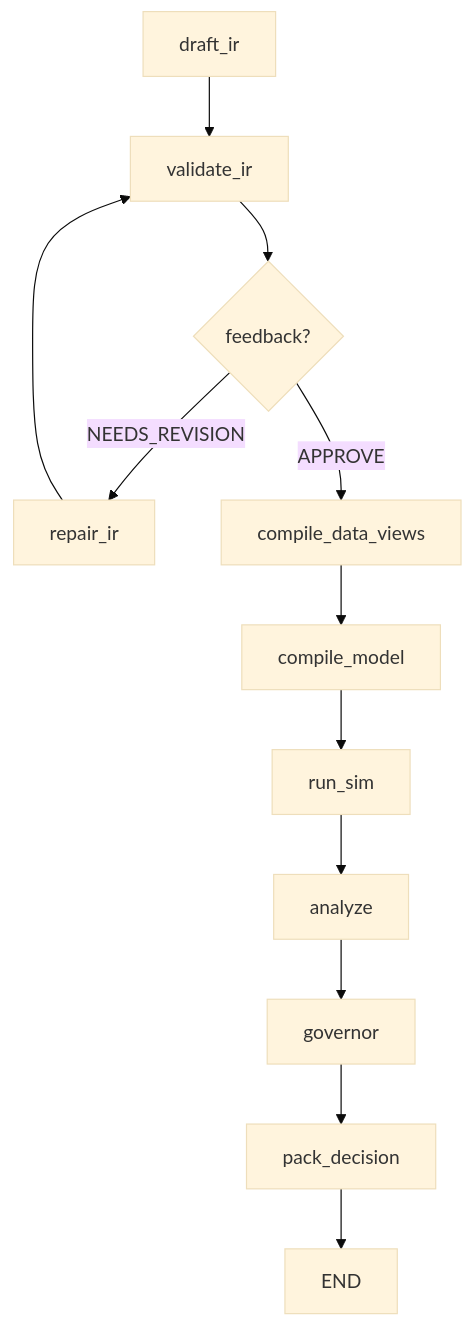
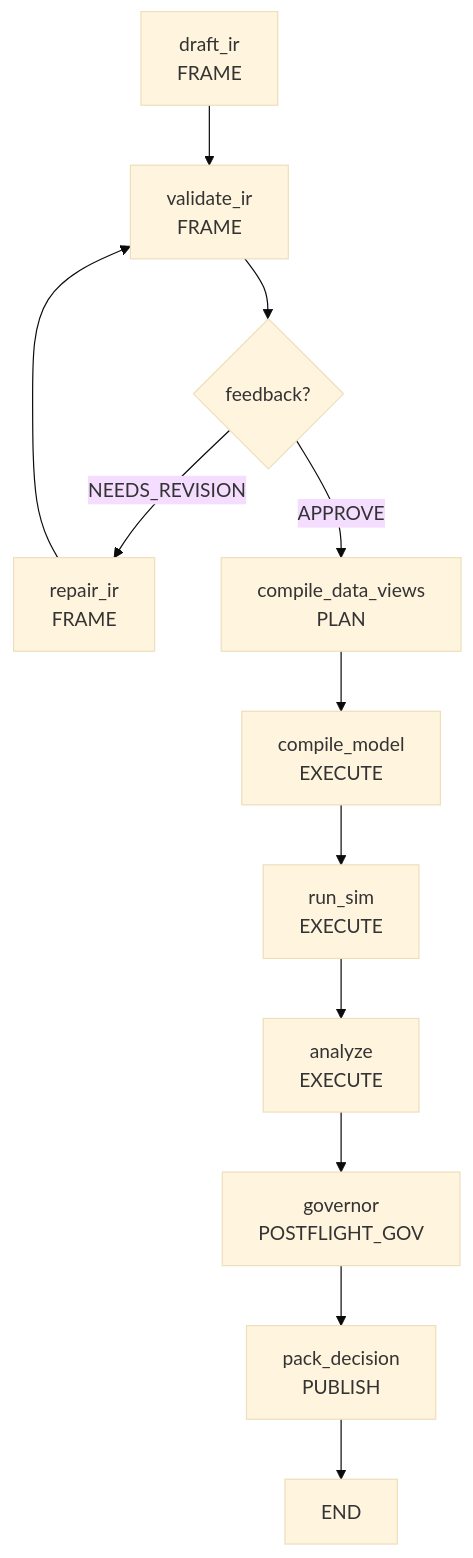
One commit to DenisKopylov/polisyos changed the diagram in policy-engine/src/polisyos/scientist/README.md. Above: the diagram before and after it, drawn with Mermaid (base theme). The commit also changed other lines of this file and 7 other files, not shown here.

````diff
--- a/policy-engine/src/polisyos/scientist/README.md
+++ b/policy-engine/src/polisyos/scientist/README.md
@@ -33,14 +74,14 @@
 ```mermaid
 graph TD
-    A[draft_ir] --> B[validate_ir]
+    A[draft_ir<br/>FRAME] --> B[validate_ir<br/>FRAME]
     B --> C{feedback?}
-    C -->|NEEDS_REVISION| D[repair_ir]
-    C -->|APPROVE| E[compile_data_views]
+    C -->|NEEDS_REVISION| D[repair_ir<br/>FRAME]
+    C -->|APPROVE| E[compile_data_views<br/>PLAN]
     D --> B
-    E --> F[compile_model]
-    F --> G[run_sim]
-    G --> H[analyze]
-    H --> I[governor]
-    I --> J[pack_decision]
+    E --> F[compile_model<br/>EXECUTE]
+    F --> G[run_sim<br/>EXECUTE]
+    G --> H[analyze<br/>EXECUTE]
+    H --> I[governor<br/>POSTFLIGHT_GOV]
+    I --> J[pack_decision<br/>PUBLISH]
     J --> K[END]
 ```
````
